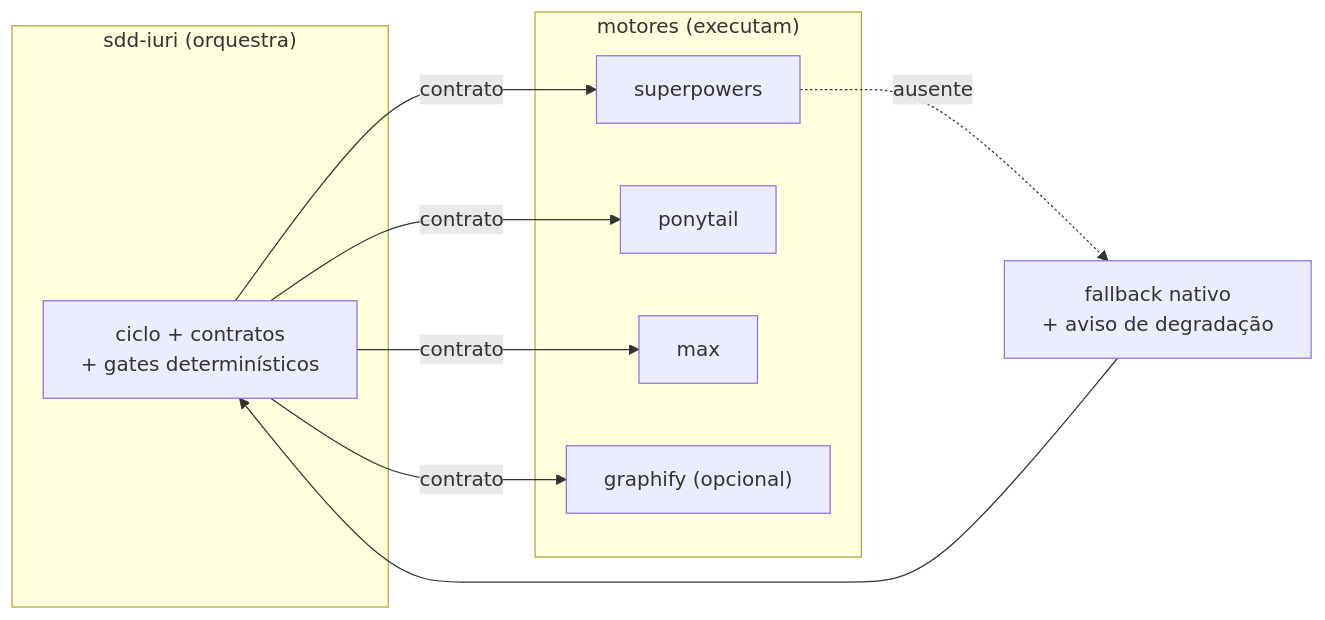
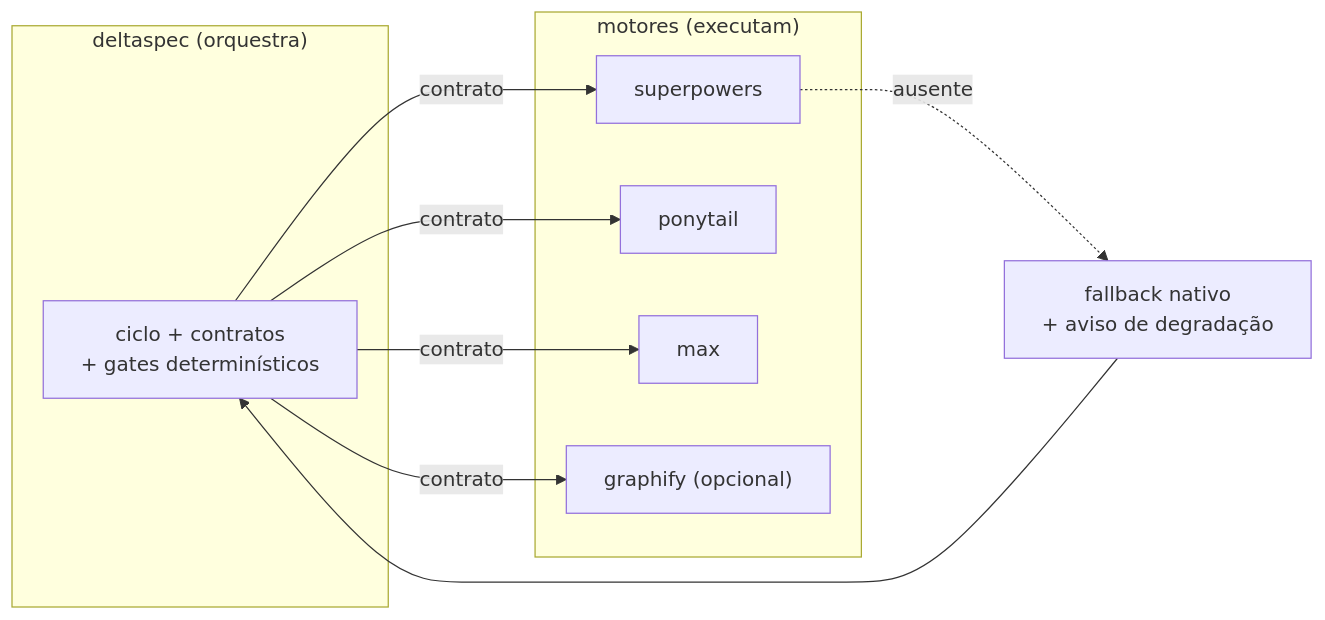
The fourth of 6 diagrams in README.md (iuripereira/deltaspec), drawn with Mermaid before and after one commit. The commit also changed other lines of this file and 34 other files, not shown here.

````diff
--- a/README.md
+++ b/README.md
@@ -207,18 +223,18 @@
 ```mermaid
 flowchart LR
-    subgraph fw["sdd-iuri (orquestra)"]
+    subgraph fw["deltaspec (orquestra)"]
         c["ciclo + contratos<br>+ gates determinísticos"]
     end
     subgraph mot["motores (executam)"]
         sp["superpowers"]
         po["ponytail"]
         mx["max"]
         gf["graphify (opcional)"]
     end
     c -->|contrato| sp
     c -->|contrato| po
     c -->|contrato| mx
     c -->|contrato| gf
     sp -.->|ausente| fb["fallback nativo<br>+ aviso de degradação"]
     fb --> c
 ```
````
